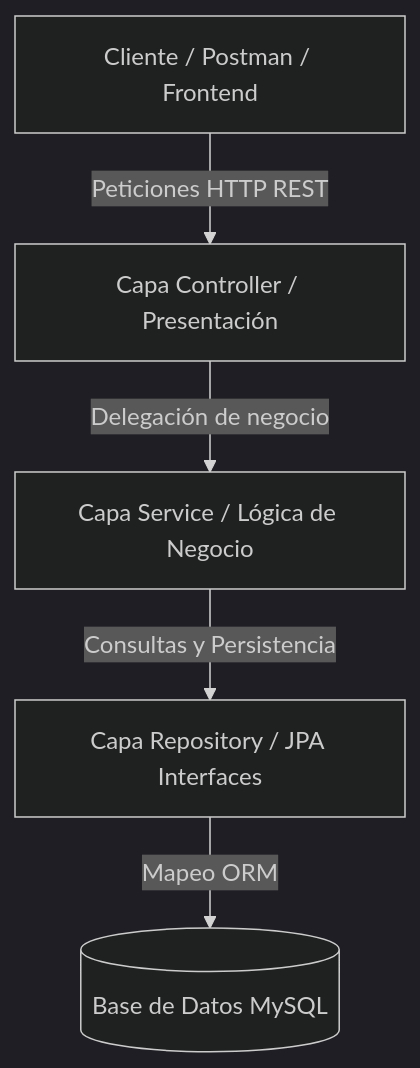
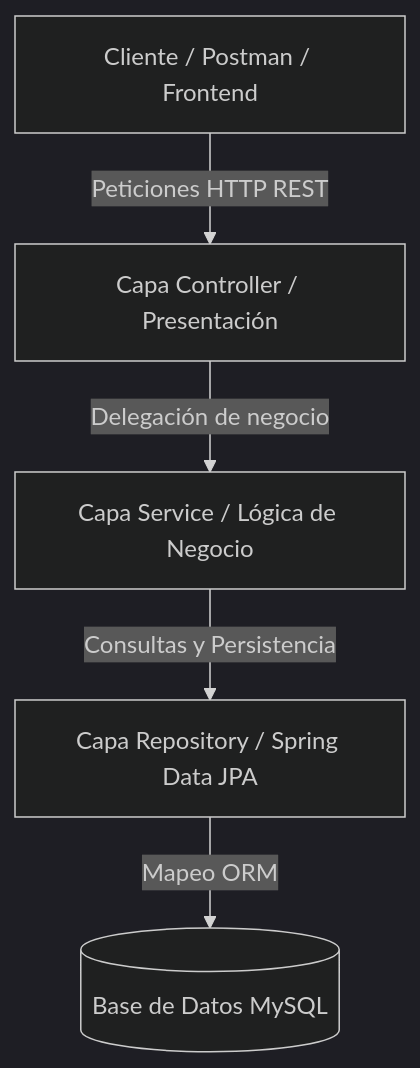
One commit to Emmanuel-Vidal/AgrovalleConnect-Repositorio changed the diagram in README.md. Above: the diagram before and after it, drawn with Mermaid (dark theme). The commit also changed other lines of this file, not shown here.

````diff
--- a/README.md
+++ b/README.md
@@ -35,8 +73,7 @@
 ```mermaid
-
 graph TD
     Client[Cliente / Postman / Frontend] -->|Peticiones HTTP REST| Controller[Capa Controller / Presentación]
     Controller -->|Delegación de negocio| Service[Capa Service / Lógica de Negocio]
-    Service -->|Consultas y Persistencia| Repository[Capa Repository / JPA Interfaces]
+    Service -->|Consultas y Persistencia| Repository[Capa Repository / Spring Data JPA]
     Repository -->|Mapeo ORM| Database[(Base de Datos MySQL)]
 ```
````
